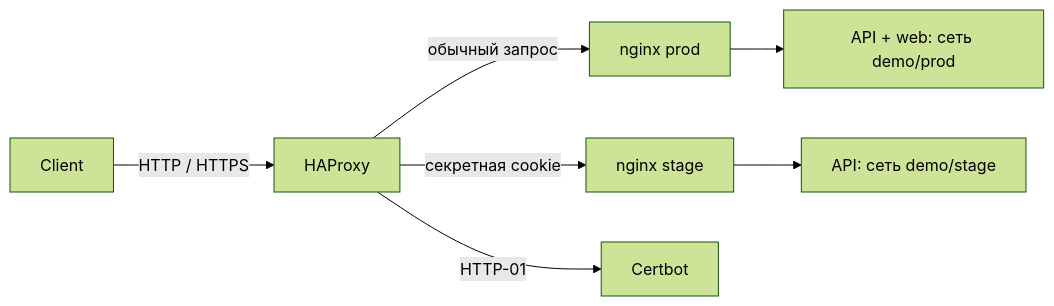
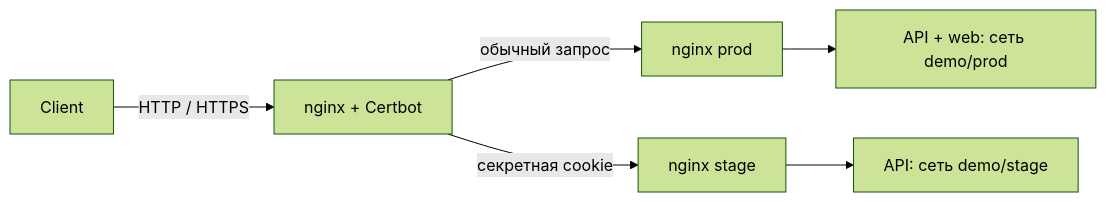
Before and after one commit to dmironenko/composer-example: the diagram in README.md, drawn with Mermaid (forest theme). The commit also changed other lines of this file and 13 other files, not shown here.

First line of the commit message:
feat(ingress)!: replace HAProxy with nginx and Certbot

````diff
--- a/README.md
+++ b/README.md
@@ -90,9 +92,8 @@
 ```mermaid
 flowchart LR
-    Client -->|HTTP / HTTPS| HAProxy
-    HAProxy -->|обычный запрос| Prod[nginx prod]
-    HAProxy -->|секретная cookie| Stage[nginx stage]
+    Client -->|HTTP / HTTPS| Edge[nginx + Certbot]
+    Edge -->|обычный запрос| Prod[nginx prod]
+    Edge -->|секретная cookie| Stage[nginx stage]
     Prod --> ProdApps[API + web: сеть demo/prod]
     Stage --> StageApps[API: сеть demo/stage]
-    HAProxy -->|HTTP-01| Certbot
 ```
````
